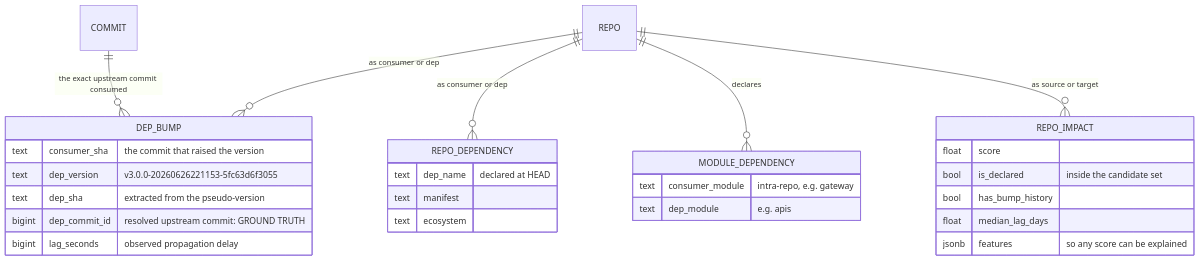
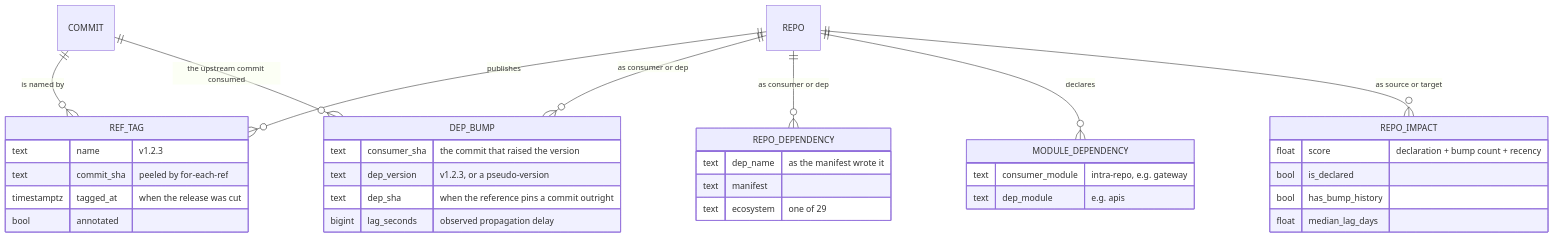
The fourth of 6 diagrams in DESIGN.md (kirankn8/git-synapse), drawn with Mermaid before and after one commit. The commit also changed other lines of this file and 1 other file, not shown here.

First line of the commit message:
Update the docs for the declared dependency graph

````diff
--- a/DESIGN.md
+++ b/DESIGN.md
@@ -337,32 +296,38 @@
 ```mermaid
 erDiagram
+    REPO   ||--o{ REF_TAG : publishes
+    COMMIT ||--o{ REF_TAG : "is named by"
     REPO   ||--o{ DEP_BUMP : "as consumer or dep"
-    COMMIT ||--o{ DEP_BUMP : "the exact upstream commit consumed"
+    COMMIT ||--o{ DEP_BUMP : "the upstream commit consumed"
     REPO   ||--o{ REPO_DEPENDENCY : "as consumer or dep"
     REPO   ||--o{ MODULE_DEPENDENCY : declares
     REPO   ||--o{ REPO_IMPACT : "as source or target"
 
+    REF_TAG {
+        text name "v1.2.3"
+        text commit_sha "peeled by for-each-ref"
+        timestamptz tagged_at "when the release was cut"
+        bool annotated
+    }
     DEP_BUMP {
         text consumer_sha "the commit that raised the version"
-        text dep_version "v3.0.0-20260626221153-5fc63d6f3055"
-        text dep_sha "extracted from the pseudo-version"
-        bigint dep_commit_id "resolved upstream commit: GROUND TRUTH"
+        text dep_version "v1.2.3, or a pseudo-version"
+        text dep_sha "when the reference pins a commit outright"
         bigint lag_seconds "observed propagation delay"
     }
     REPO_DEPENDENCY {
-        text dep_name "declared at HEAD"
+        text dep_name "as the manifest wrote it"
         text manifest
-        text ecosystem
+        text ecosystem "one of 29"
     }
     MODULE_DEPENDENCY {
         text consumer_module "intra-repo, e.g. gateway"
         text dep_module "e.g. apis"
     }
     REPO_IMPACT {
-        float score
-        bool is_declared "inside the candidate set"
+        float score "declaration + bump count + recency"
+        bool is_declared
         bool has_bump_history
         float median_lag_days
-        jsonb features "so any score can be explained"
     }
 ```
````
